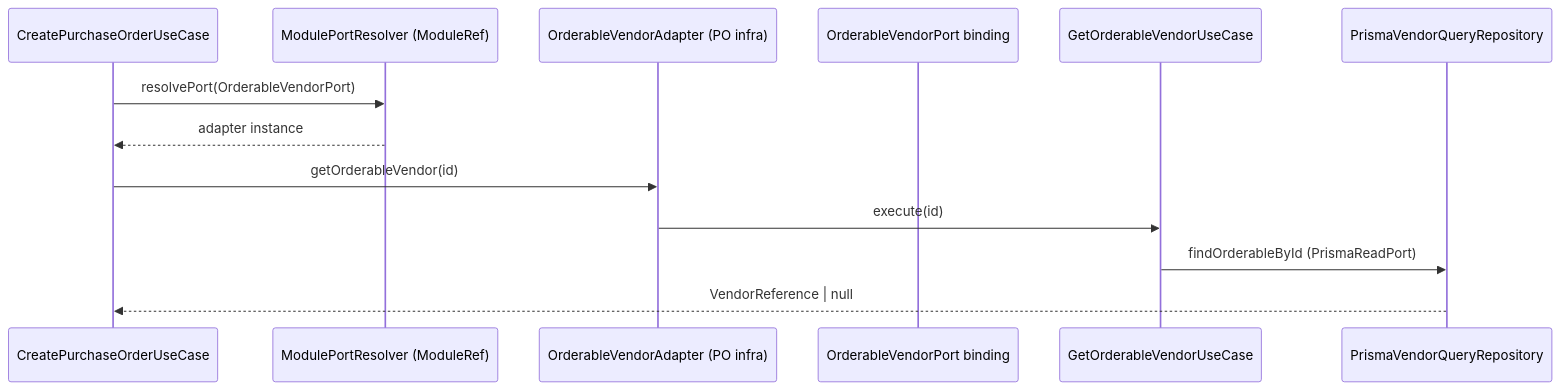
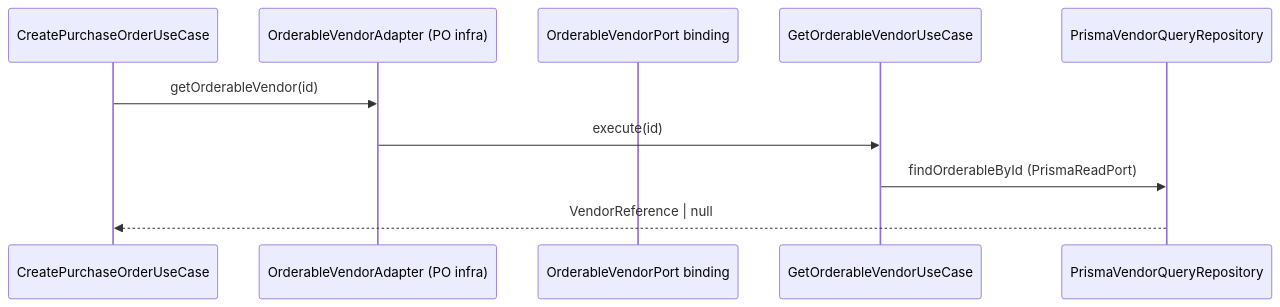
The second of 3 diagrams in ARCHITECTURE.md (ashrafemon/ddd-boilerplate), drawn with Mermaid before and after one commit. The commit also changed other lines of this file and 245 other files, not shown here.

````diff
--- a/ARCHITECTURE.md
+++ b/ARCHITECTURE.md
@@ -380,15 +385,12 @@
 ```mermaid
 sequenceDiagram
     participant PO as CreatePurchaseOrderUseCase
-    participant RES as ModulePortResolver (ModuleRef)
     participant OA as OrderableVendorAdapter (PO infra)
     participant VA as OrderableVendorPort binding
     participant UC as GetOrderableVendorUseCase
     participant QR as PrismaVendorQueryRepository
-    PO->>RES: resolvePort(OrderableVendorPort)
-    RES-->>PO: adapter instance
     PO->>OA: getOrderableVendor(id)
     OA->>UC: execute(id)
     UC->>QR: findOrderableById (PrismaReadPort)
     QR-->>PO: VendorReference | null
 ```
````
